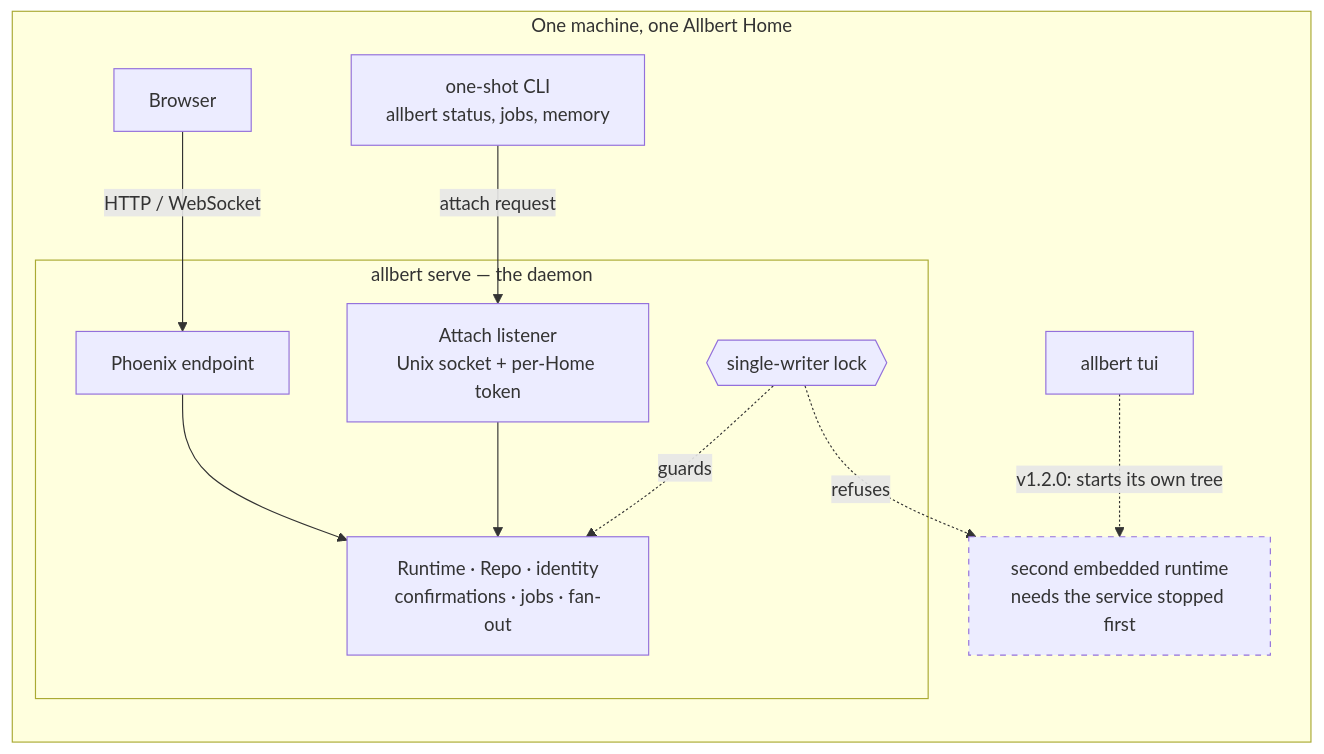
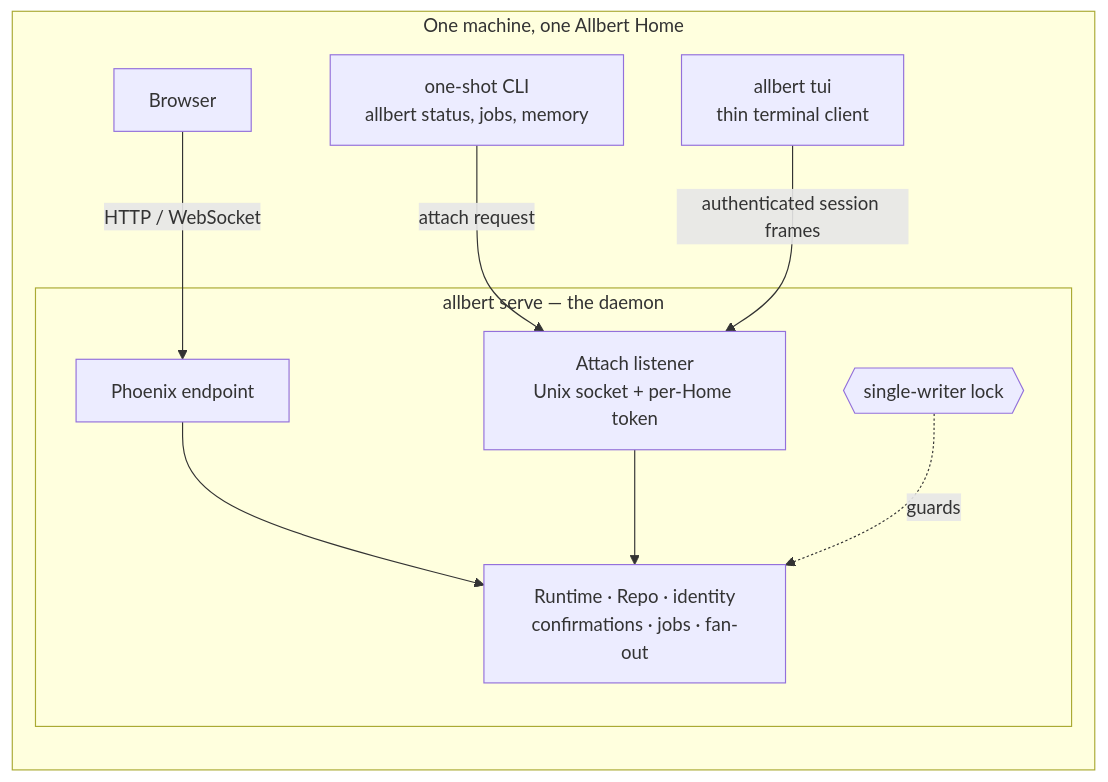
The second of 7 diagrams in docs/design/architecture-diagrams.md (lexlapax/allbert-assist), drawn with Mermaid before and after one commit. The commit also changed other lines of this file and 38 other files, not shown here.

Commit message:
1.2.1 M0.b3 add daemon-backed thin TUI client

````diff
--- a/docs/design/architecture-diagrams.md
+++ b/docs/design/architecture-diagrams.md
@@ -125,22 +124,18 @@
 ```mermaid
 flowchart LR
     subgraph HOST["One machine, one Allbert Home"]
         subgraph DAEMON["allbert serve — the daemon"]
             LOCK{{"single-writer lock"}}
             RUNTIME["Runtime · Repo · identity<br/>confirmations · jobs · fan-out"]
             ATTACH["Attach listener<br/>Unix socket + per-Home token"]
             PHX["Phoenix endpoint"]
         end
 
         BROWSER["Browser"] -->|HTTP / WebSocket| PHX
         ONESHOT["one-shot CLI<br/>allbert status, jobs, memory"] -->|attach request| ATTACH
-        TERM["allbert tui"] -.->|"v1.2.0: starts its own tree"| SECOND
-        SECOND["second embedded runtime<br/>needs the service stopped first"]
+        TERM["allbert tui<br/>thin terminal client"] -->|"authenticated session frames"| ATTACH
         PHX --> RUNTIME
         ATTACH --> RUNTIME
         LOCK -.guards.-> RUNTIME
-        LOCK -.refuses.-> SECOND
     end
-
-    style SECOND stroke-dasharray: 5 5
 ```
````
